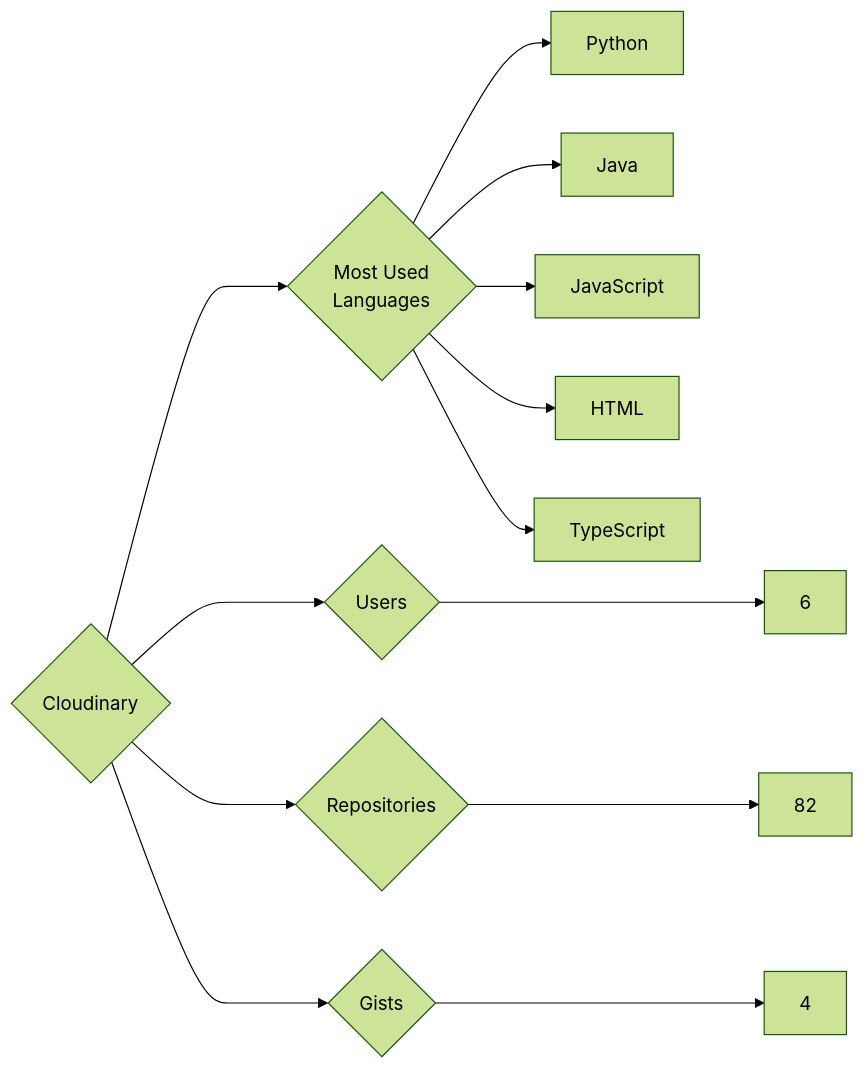
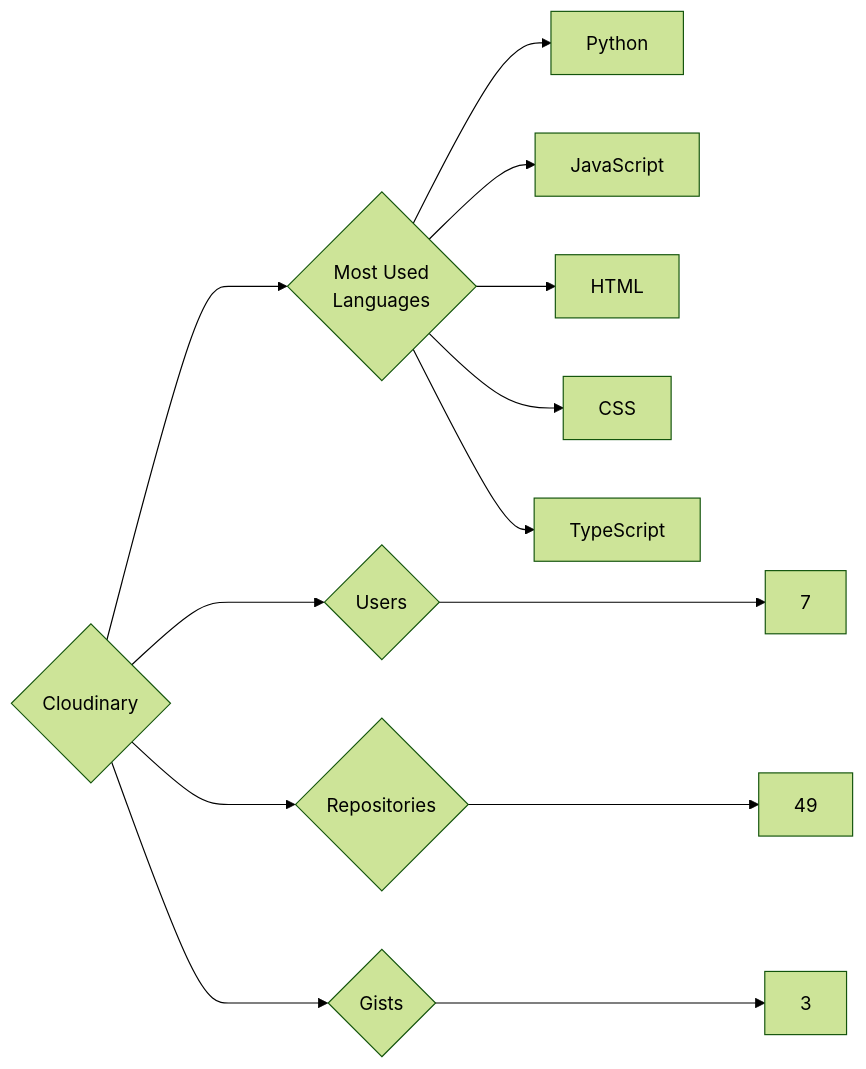
Before and after one commit to trickest/insiders: the diagram in targets/Cloudinary/README.md, drawn with Mermaid (forest theme). The commit also changed 1003 other files, not shown here.

````diff
--- a/targets/Cloudinary/README.md
+++ b/targets/Cloudinary/README.md
@@ -3,13 +3,13 @@
 ```mermaid
 graph LR
 COMPANY_NAME{Cloudinary}
-COMPANY_NAME ---> U{Users} ---> UN[6]
-COMPANY_NAME ---> R{Repositories} ---> RN[82]
-COMPANY_NAME ---> G{Gists} ---> GN[4]
+COMPANY_NAME ---> U{Users} ---> UN[7]
+COMPANY_NAME ---> R{Repositories} ---> RN[49]
+COMPANY_NAME ---> G{Gists} ---> GN[3]
 COMPANY_NAME ---> ML{Most Used<br>Languages}
 ML --> Python[Python]
-ML --> Java[Java]
 ML --> JavaScript[JavaScript]
 ML --> HTML[HTML]
+ML --> CSS[CSS]
 ML --> TypeScript[TypeScript]
 ```
````
